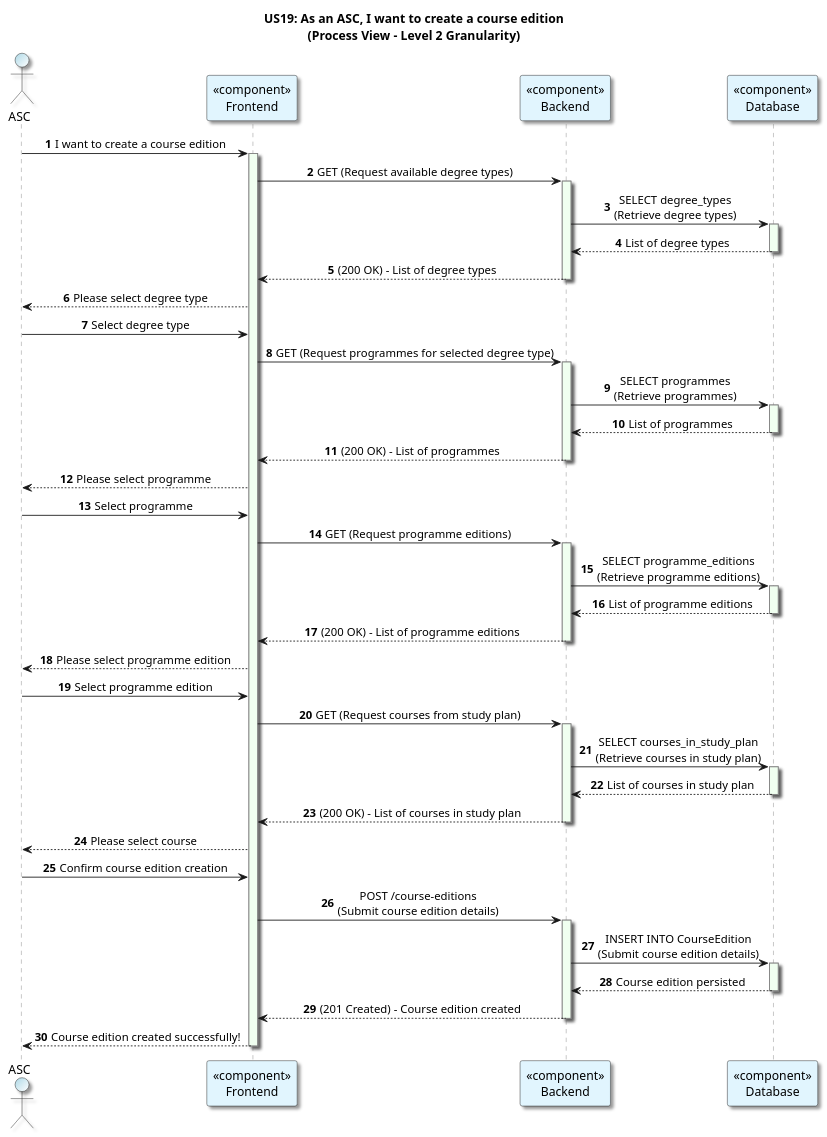
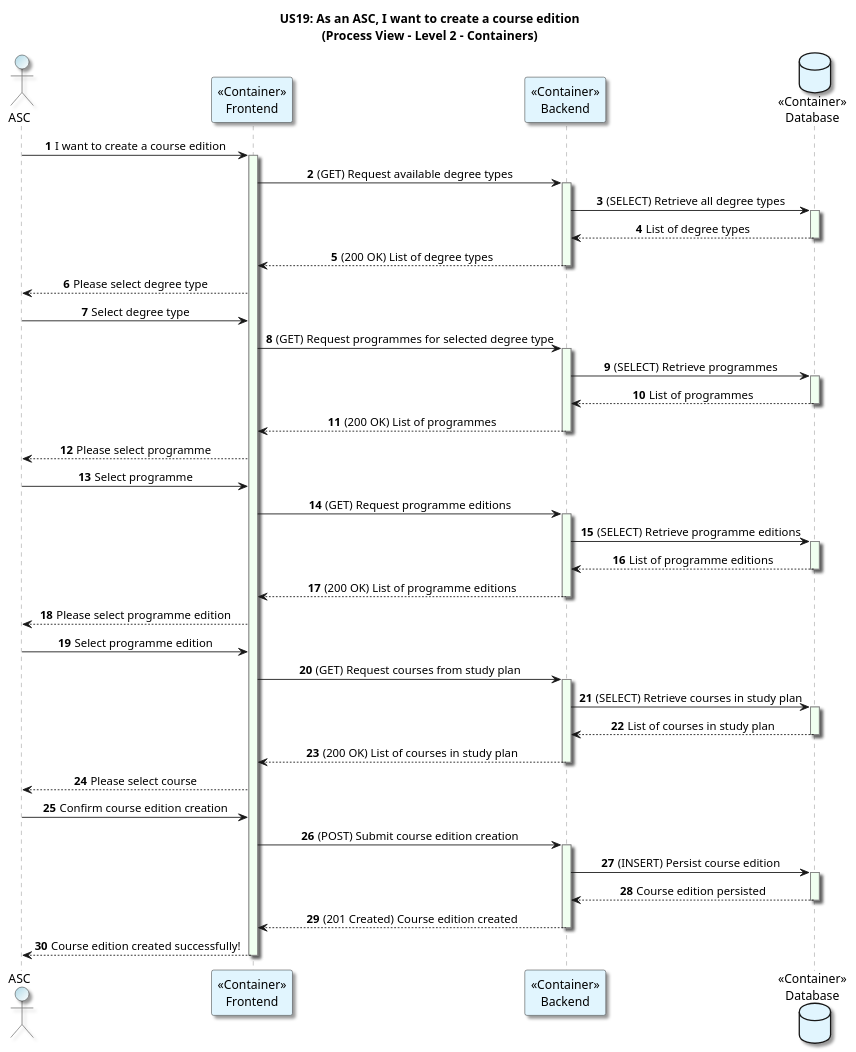
The diagram in docs/US19/Sprint6_RestAPI/ProcessView/CreateCourseEdition_Level2Granularity.puml (GasparISEP/DevOps-PAI), drawn with PlantUML before and after one commit.

Commit message:
[docs]: Enhance level 2 process view diagram with container annotations and clearer user-friendly messages for createCourseEdition functionality (Refs: #536, #549)

```diff
--- a/docs/US19/Sprint6_RestAPI/ProcessView/CreateCourseEdition_Level2Granularity.puml
+++ b/docs/US19/Sprint6_RestAPI/ProcessView/CreateCourseEdition_Level2Granularity.puml
@@ -1,83 +1,83 @@
 @startuml
-title: US19: As an ASC, I want to create a course edition\n(Process View - Level 2 Granularity)
+title: US19: As an ASC, I want to create a course edition\n(Process View - Level 2 - Containers)
 autonumber
 
 skinparam {
   ActivityPadding 2
   ActivityMargin 2
   BoxPadding 2
 }
 skinparam sequence {
     LifeLineBorderColor Grey
     LifeLineBackgroundColor HoneyDew
 }
 skinparam defaultTextAlignment center
 skinparam shadowing true
 
 actor ASC  #LightBlue/White
-participant "<<component>>\nFrontend" as Frontend #E1F5FE
-participant "<<component>>\nBackend" as Backend #E1F5FE
-participant "<<component>>\nDatabase" as Database #E1F5FE
+participant "<<Container>>\nFrontend" as Frontend #E1F5FE
+participant "<<Container>>\nBackend" as Backend #E1F5FE
+database "<<Container>>\nDatabase" as Database #E1F5FE
 
 ASC -> Frontend: I want to create a course edition
 activate Frontend
 
-Frontend -> Backend: GET (Request available degree types)
+Frontend -> Backend: (GET) Request available degree types
 activate Backend
-Backend -> Database: SELECT degree_types\n(Retrieve degree types)
+Backend -> Database: (SELECT) Retrieve all degree types
 activate Database
 Database --> Backend: List of degree types
 deactivate Database
-Backend --> Frontend: (200 OK) – List of degree types
+Backend --> Frontend: (200 OK) List of degree types
 deactivate Backend
 Frontend --> ASC: Please select degree type
 
 ASC -> Frontend: Select degree type
-Frontend -> Backend: GET (Request programmes for selected degree type)
+Frontend -> Backend: (GET) Request programmes for selected degree type
 activate Backend
-Backend -> Database: SELECT programmes\n(Retrieve programmes)
+Backend -> Database: (SELECT) Retrieve programmes
 activate Database
 Database --> Backend: List of programmes
 deactivate Database
-Backend --> Frontend: (200 OK) – List of programmes
+Backend --> Frontend: (200 OK) List of programmes
 deactivate Backend
 Frontend --> ASC: Please select programme
 
 ASC -> Frontend: Select programme
-Frontend -> Backend: GET (Request programme editions)
+Frontend -> Backend: (GET) Request programme editions
 activate Backend
-Backend -> Database: SELECT programme_editions\n(Retrieve programme editions)
+Backend -> Database: (SELECT) Retrieve programme editions
 activate Database
 Database --> Backend: List of programme editions
 deactivate Database
-Backend --> Frontend: (200 OK) – List of programme editions
+Backend --> Frontend: (200 OK) List of programme editions
 deactivate Backend
 Frontend --> ASC: Please select programme edition
 
 ASC -> Frontend: Select programme edition
-Frontend -> Backend: GET (Request courses from study plan)
+Frontend -> Backend: (GET) Request courses from study plan
 activate Backend
-Backend -> Database: SELECT courses_in_study_plan\n(Retrieve courses in study plan)
+Backend -> Database: (SELECT) Retrieve courses in study plan
 activate Database
 Database --> Backend: List of courses in study plan
 deactivate Database
-Backend --> Frontend: (200 OK) – List of courses in study plan
+Backend --> Frontend: (200 OK) List of courses in study plan
 deactivate Backend
 Frontend --> ASC: Please select course
 
 ASC -> Frontend: Confirm course edition creation
-Frontend -> Backend: POST /course-editions\n(Submit course edition details)
+Frontend -> Backend: (POST) Submit course edition creation
 activate Backend
   'Applies business rules:
 
 
-Backend -> Database: INSERT INTO CourseEdition\n(Submit course edition details)
+Backend -> Database: (INSERT) Persist course edition
 activate Database
 Database --> Backend: Course edition persisted
 deactivate Database
 
-Backend --> Frontend: (201 Created) – Course edition created
+Backend --> Frontend: (201 Created) Course edition created
 deactivate Backend
 Frontend --> ASC: Course edition created successfully!
 deactivate Frontend
 @enduml
```
